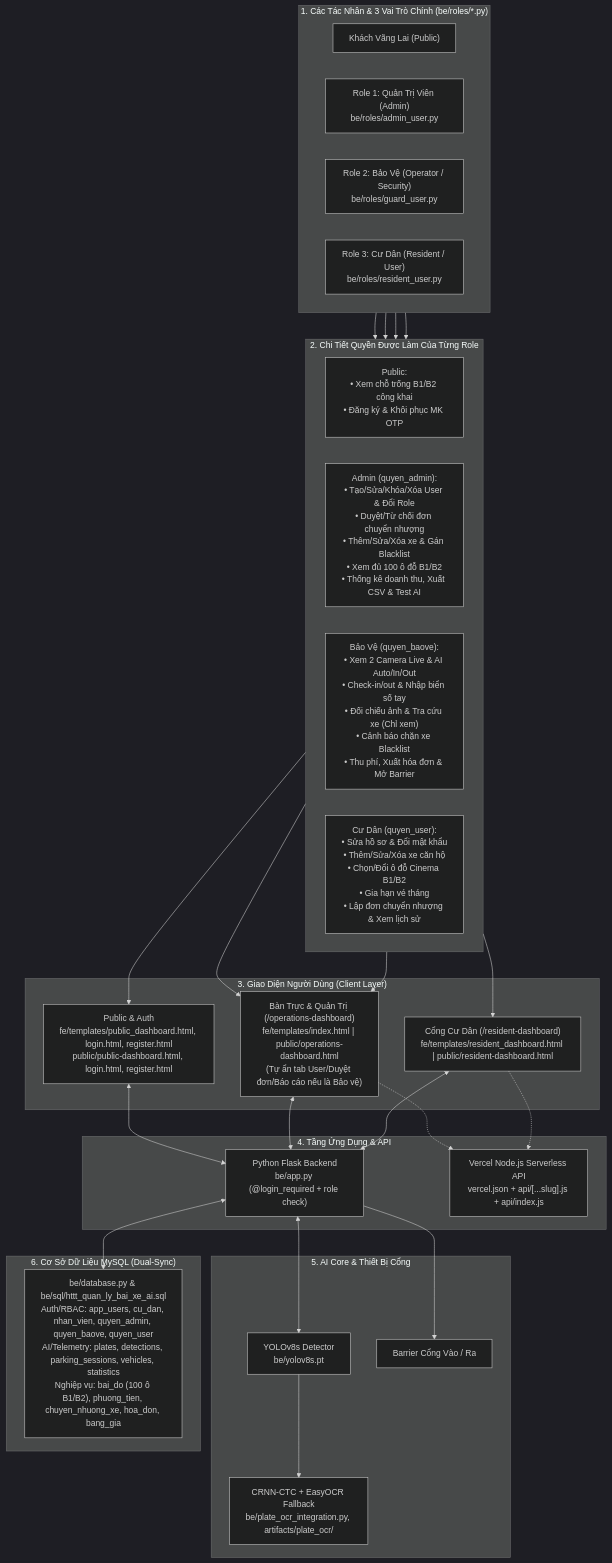
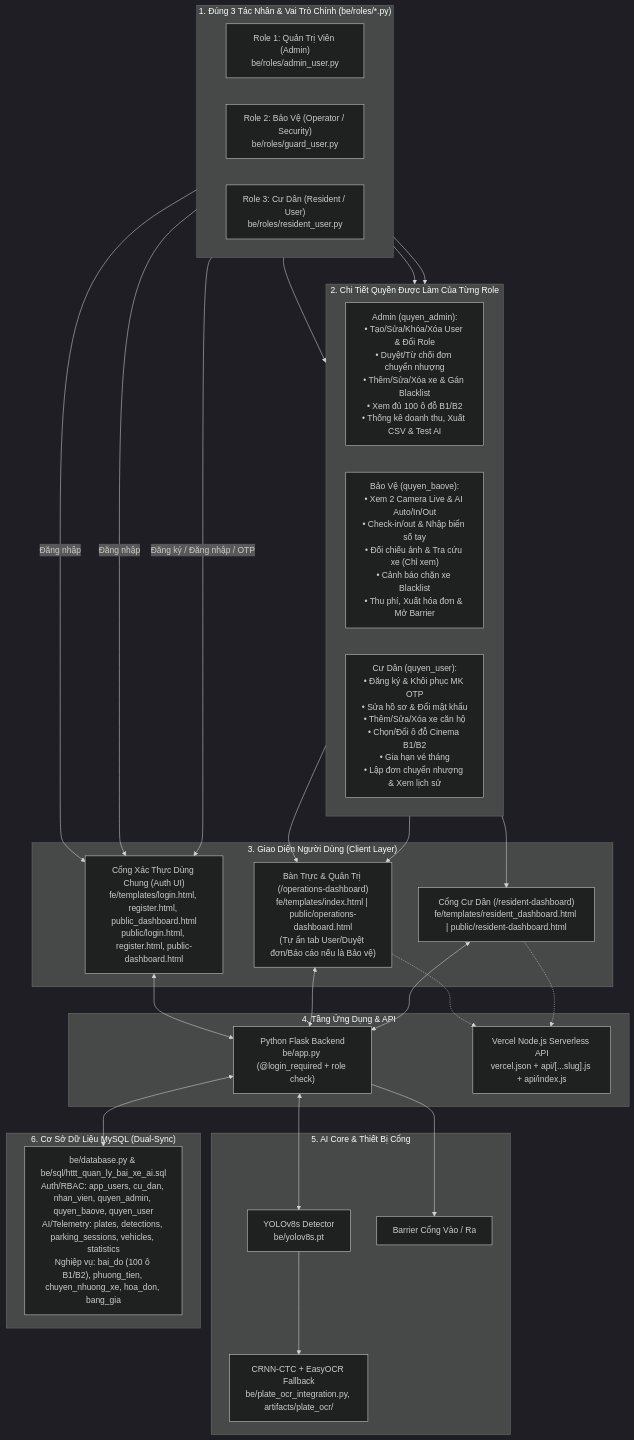
One commit to Truong027/CNPM24 changed the diagram in ongthanquoctruong_24CT2_cnpm/README.md. Above: the diagram before and after it, drawn with Mermaid (dark theme). The commit also changed 1 other file, not shown here.

Commit message:
docs: remove Public Guest actor from diagrams so only the 3 project roles appear

````diff
--- a/ongthanquoctruong_24CT2_cnpm/README.md
+++ b/ongthanquoctruong_24CT2_cnpm/README.md
@@ -14,54 +14,55 @@
 ```mermaid
 flowchart TB
-    subgraph Users["1. Các Tác Nhân & 3 Vai Trò Chính (be/roles/*.py)"]
+    subgraph Users["1. Đúng 3 Tác Nhân & Vai Trò Chính (be/roles/*.py)"]
         direction LR
-        Public["Khách Vãng Lai (Public)"]
         Admin["Role 1: Quản Trị Viên (Admin)<br/>be/roles/admin_user.py"]
         Guard["Role 2: Bảo Vệ (Operator / Security)<br/>be/roles/guard_user.py"]
         Resident["Role 3: Cư Dân (Resident / User)<br/>be/roles/resident_user.py"]
     end
 
     subgraph Perms["2. Chi Tiết Quyền Được Làm Của Từng Role"]
         direction LR
-        P_Pub["Public:<br/>• Xem chỗ trống B1/B2 công khai<br/>• Đăng ký & Khôi phục MK OTP"]
         P_Adm["Admin (quyen_admin):<br/>• Tạo/Sửa/Khóa/Xóa User & Đổi Role<br/>• Duyệt/Từ chối đơn chuyển nhượng<br/>• Thêm/Sửa/Xóa xe & Gán Blacklist<br/>• Xem đủ 100 ô đỗ B1/B2<br/>• Thống kê doanh thu, Xuất CSV & Test AI"]
         P_Grd["Bảo Vệ (quyen_baove):<br/>• Xem 2 Camera Live & AI Auto/In/Out<br/>• Check-in/out & Nhập biển số tay<br/>• Đối chiếu ảnh & Tra cứu xe (Chỉ xem)<br/>• Cảnh báo chặn xe Blacklist<br/>• Thu phí, Xuất hóa đơn & Mở Barrier"]
-        P_Res["Cư Dân (quyen_user):<br/>• Sửa hồ sơ & Đổi mật khẩu<br/>• Thêm/Sửa/Xóa xe căn hộ<br/>• Chọn/Đổi ô đỗ Cinema B1/B2<br/>• Gia hạn vé tháng<br/>• Lập đơn chuyển nhượng & Xem lịch sử"]
+        P_Res["Cư Dân (quyen_user):<br/>• Đăng ký & Khôi phục MK OTP<br/>• Sửa hồ sơ & Đổi mật khẩu<br/>• Thêm/Sửa/Xóa xe căn hộ<br/>• Chọn/Đổi ô đỗ Cinema B1/B2<br/>• Gia hạn vé tháng<br/>• Lập đơn chuyển nhượng & Xem lịch sử"]
     end
 
     subgraph Frontend["3. Giao Diện Người Dùng (Client Layer)"]
-        FE_Public["Public & Auth<br/>fe/templates/public_dashboard.html, login.html, register.html<br/>public/public-dashboard.html, login.html, register.html"]
+        FE_Auth["Cổng Xác Thực Dùng Chung (Auth UI)<br/>fe/templates/login.html, register.html, public_dashboard.html<br/>public/login.html, register.html, public-dashboard.html"]
         FE_Ops["Bàn Trực & Quản Trị (/operations-dashboard)<br/>fe/templates/index.html | public/operations-dashboard.html<br/>(Tự ẩn tab User/Duyệt đơn/Báo cáo nếu là Bảo vệ)"]
         FE_Res["Cổng Cư Dân (/resident-dashboard)<br/>fe/templates/resident_dashboard.html | public/resident-dashboard.html"]
     end
 
     subgraph Backend["4. Tầng Ứng Dụng & API"]
         Flask["Python Flask Backend<br/>be/app.py (@login_required + role check)"]
         Vercel["Vercel Node.js Serverless API<br/>vercel.json + api/[...slug].js + api/index.js"]
     end
 
     subgraph AI["5. AI Core & Thiết Bị Cổng"]
         YOLO["YOLOv8s Detector<br/>be/yolov8s.pt"]
         OCR["CRNN-CTC + EasyOCR Fallback<br/>be/plate_ocr_integration.py, artifacts/plate_ocr/"]
         Barrier["Barrier Cổng Vào / Ra"]
     end
 
     subgraph DB["6. Cơ Sở Dữ Liệu MySQL (Dual-Sync)"]
         DBCore["be/database.py & be/sql/httt_quan_ly_bai_xe_ai.sql<br/>Auth/RBAC: app_users, cu_dan, nhan_vien, quyen_admin, quyen_baove, quyen_user<br/>AI/Telemetry: plates, detections, parking_sessions, vehicles, statistics<br/>Nghiệp vụ: bai_do (100 ô B1/B2), phuong_tien, chuyen_nhuong_xe, hoa_don, bang_gia"]
     end
 
-    Public --> P_Pub --> FE_Public
+    Admin -->|"Đăng nhập"| FE_Auth
+    Guard -->|"Đăng nhập"| FE_Auth
+    Resident -->|"Đăng ký / Đăng nhập / OTP"| FE_Auth
+
     Admin --> P_Adm --> FE_Ops
     Guard --> P_Grd --> FE_Ops
     Resident --> P_Res --> FE_Res
 
-    FE_Public <--> Flask
+    FE_Auth <--> Flask
     FE_Ops <--> Flask
     FE_Res <--> Flask
     FE_Ops -.-> Vercel
     FE_Res -.-> Vercel
 
     Flask <--> YOLO --> OCR
     Flask --> Barrier
     Flask <--> DBCore
 ```
````
